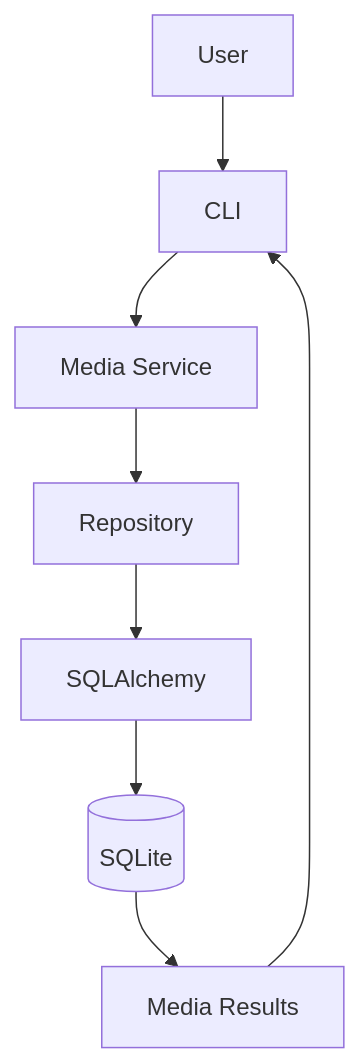
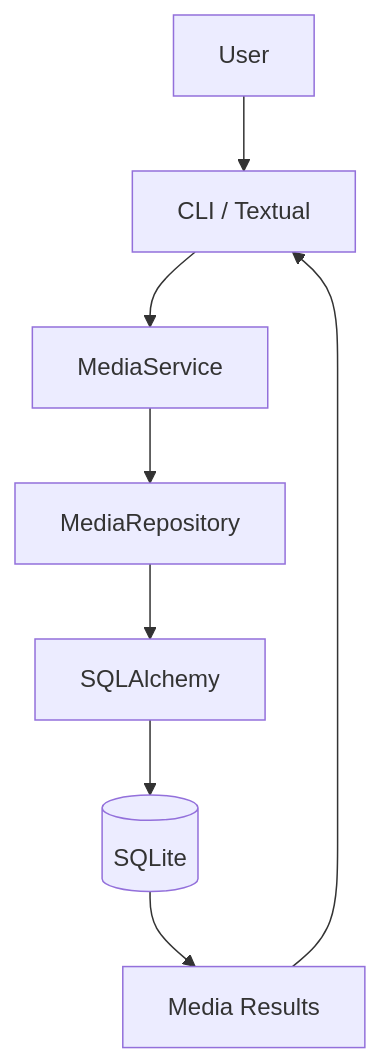
One commit to shaikalishamuskaan/MINI_PROJECT changed the fifth of 9 diagrams in DESIGN DOC.md. Above: the diagram before and after it, drawn with Mermaid. The commit also changed other lines of this file and 2 other files, not shown here.

````diff
--- a/DESIGN DOC.md
+++ b/DESIGN DOC.md
@@ -583,10 +1214,10 @@
 ```mermaid
 flowchart TD
-    U["User"] --> CLI["CLI"]
-    CLI --> S["Media Service"]
-    S --> R["Repository"]
+    U["User"] --> UI["CLI / Textual"]
+    UI --> S["MediaService"]
+    S --> R["MediaRepository"]
     R --> ORM["SQLAlchemy"]
     ORM --> DB[("SQLite")]
     DB --> RESULTS["Media Results"]
-    RESULTS --> CLI
+    RESULTS --> UI
 ```
````
